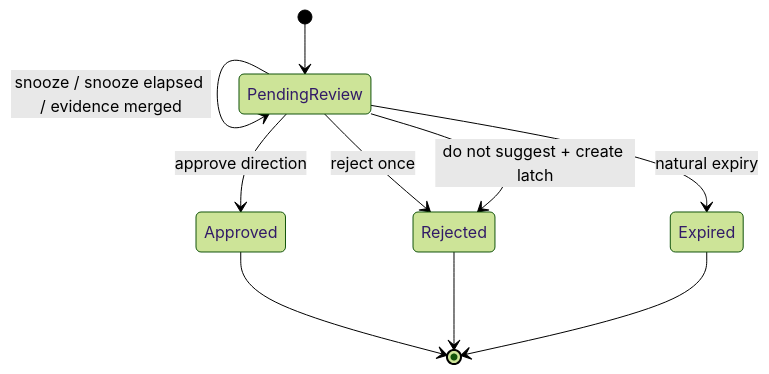
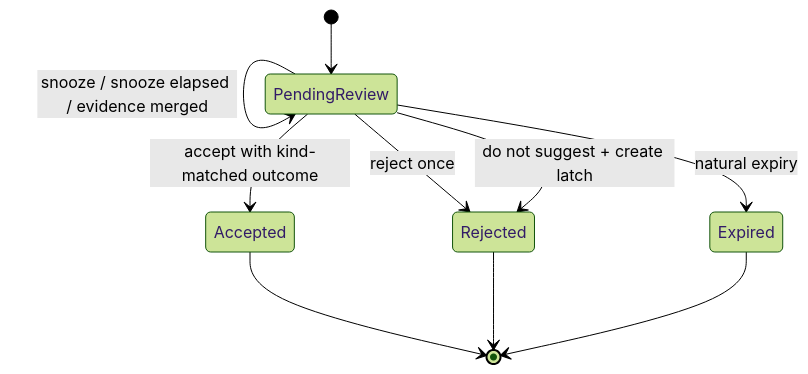
The third of 6 diagrams in docs/proposal-store-architecture.md (locknard/hob-agent), drawn with Mermaid (forest theme) before and after one commit. The commit also changed other lines of this file and 2 other files, not shown here.

Commit message:
docs(product): ground proposal architecture in business reality

````diff
--- a/docs/proposal-store-architecture.md
+++ b/docs/proposal-store-architecture.md
@@ -235,12 +285,12 @@
 ```mermaid
 stateDiagram-v2
   [*] --> PendingReview
   PendingReview --> PendingReview: snooze / snooze elapsed / evidence merged
-  PendingReview --> Approved: approve direction
+  PendingReview --> Accepted: accept with kind-matched outcome
   PendingReview --> Rejected: reject once
   PendingReview --> Rejected: do not suggest + create latch
   PendingReview --> Expired: natural expiry
-  Approved --> [*]
+  Accepted --> [*]
   Rejected --> [*]
   Expired --> [*]
 ```
````
